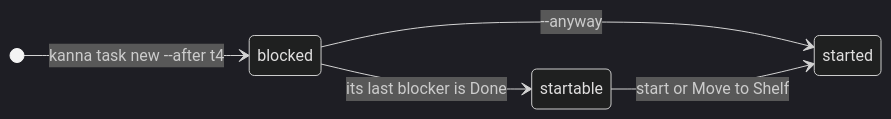
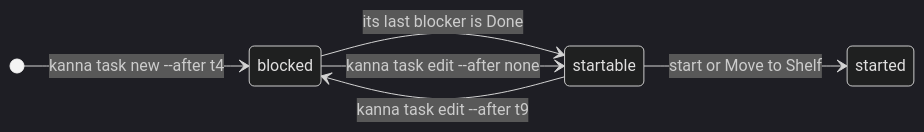
The first of 2 diagrams in docs/specs/task-dependencies.md (jemdiggity/kanna-v4), drawn with Mermaid (dark theme) before and after one commit. The commit also changed other lines of this file and 3 other files, not shown here.

Commit message:
A blocked task can't start at all: no --anyway; to start it early, kanna task edit takes its blockers off; mockup, spec and daemon

````diff
--- a/docs/specs/task-dependencies.md
+++ b/docs/specs/task-dependencies.md
@@ -18,8 +18,9 @@
 ```mermaid
 stateDiagram-v2
     direction LR
     [*] --> blocked: kanna task new --after t4
     blocked --> startable: its last blocker is Done
-    blocked --> started: --anyway
+    startable --> blocked: kanna task edit --after t9
+    blocked --> startable: kanna task edit --after none
     startable --> started: start or Move to Shelf
 ```
````
